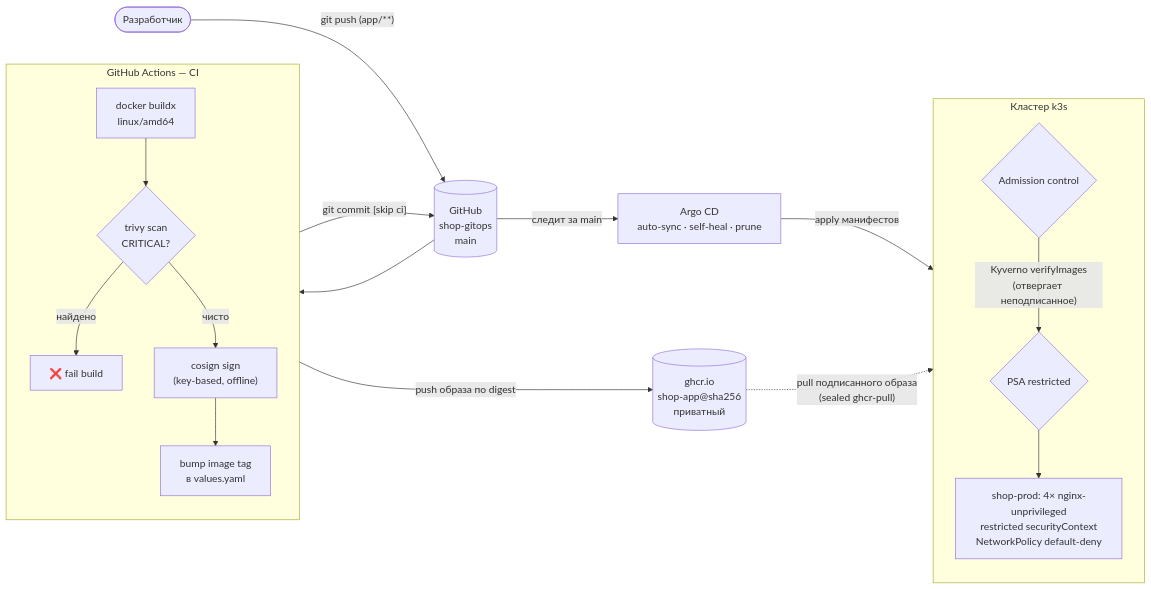
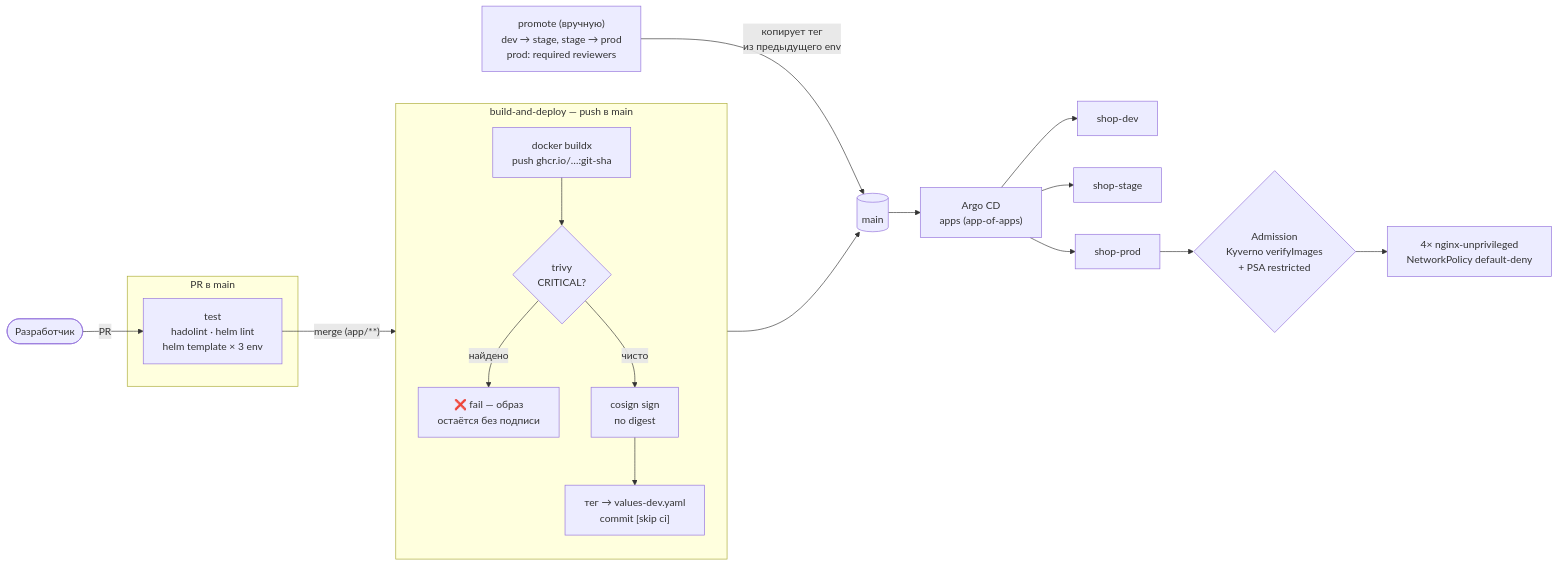
The diagram in README.md (bogdankam41/shop-gitops), drawn with Mermaid before and after one commit. The commit also changed other lines of this file, not shown here.

First line of the commit message:
docs: bring README in sync with the repo

````diff
--- a/README.md
+++ b/README.md
@@ -21,28 +20,31 @@
 ```mermaid
 flowchart LR
-    dev([Разработчик]) -->|"git push (app/**)"| repo[("GitHub<br/>shop-gitops<br/>main")]
+    dev([Разработчик]) -->|PR| test
 
-    subgraph ci["GitHub Actions — CI"]
-        direction TB
-        build["docker buildx<br/>linux/amd64"] --> scan{"trivy scan<br/>CRITICAL?"}
-        scan -->|"найдено"| fail["❌ fail build"]
-        scan -->|"чисто"| sign["cosign sign<br/>(key-based, offline)"]
-        sign --> bump["bump image tag<br/>в values.yaml"]
+    subgraph pr["PR в main"]
+        test["test<br/>hadolint · helm lint<br/>helm template × 3 env"]
     end
 
-    repo --> build
-    sign -->|"push образа по digest"| ghcr[("ghcr.io<br/>shop-app@sha256<br/>приватный")]
-    bump -->|"git commit [skip ci]"| repo
+    test -->|"merge (app/**)"| build
 
-    repo -->|"следит за main"| argo["Argo CD<br/>auto-sync · self-heal · prune"]
-
-    subgraph cluster["Кластер k3s"]
+    subgraph ci["build-and-deploy — push в main"]
         direction TB
-        adm{"Admission control"}
-        adm -->|"Kyverno verifyImages<br/>(отвергает неподписанное)"| adm2{"PSA restricted"}
-        adm2 --> pods["shop-prod: 4× nginx-unprivileged<br/>restricted securityContext<br/>NetworkPolicy default-deny"]
+        build["docker buildx<br/>push ghcr.io/…:git-sha"] --> scan{"trivy<br/>CRITICAL?"}
+        scan -->|"найдено"| fail["❌ fail — образ<br/>остаётся без подписи"]
+        scan -->|"чисто"| sign["cosign sign<br/>по digest"]
+        sign --> bump["тег → values-dev.yaml<br/>commit [skip ci]"]
     end
 
-    argo -->|"apply манифестов"| adm
-    ghcr -.->|"pull подписанного образа<br/>(sealed ghcr-pull)"| pods
+    promote["promote (вручную)<br/>dev → stage, stage → prod<br/>prod: required reviewers"]
+
+    bump --> repo[("main")]
+    promote -->|"копирует тег<br/>из предыдущего env"| repo
+
+    repo --> root["Argo CD<br/>apps (app-of-apps)"]
+    root --> shopdev["shop-dev"]
+    root --> shopstage["shop-stage"]
+    root --> shopprod["shop-prod"]
+
+    shopprod --> adm{"Admission<br/>Kyverno verifyImages<br/>+ PSA restricted"}
+    adm --> pods["4× nginx-unprivileged<br/>NetworkPolicy default-deny"]
 ```
````
